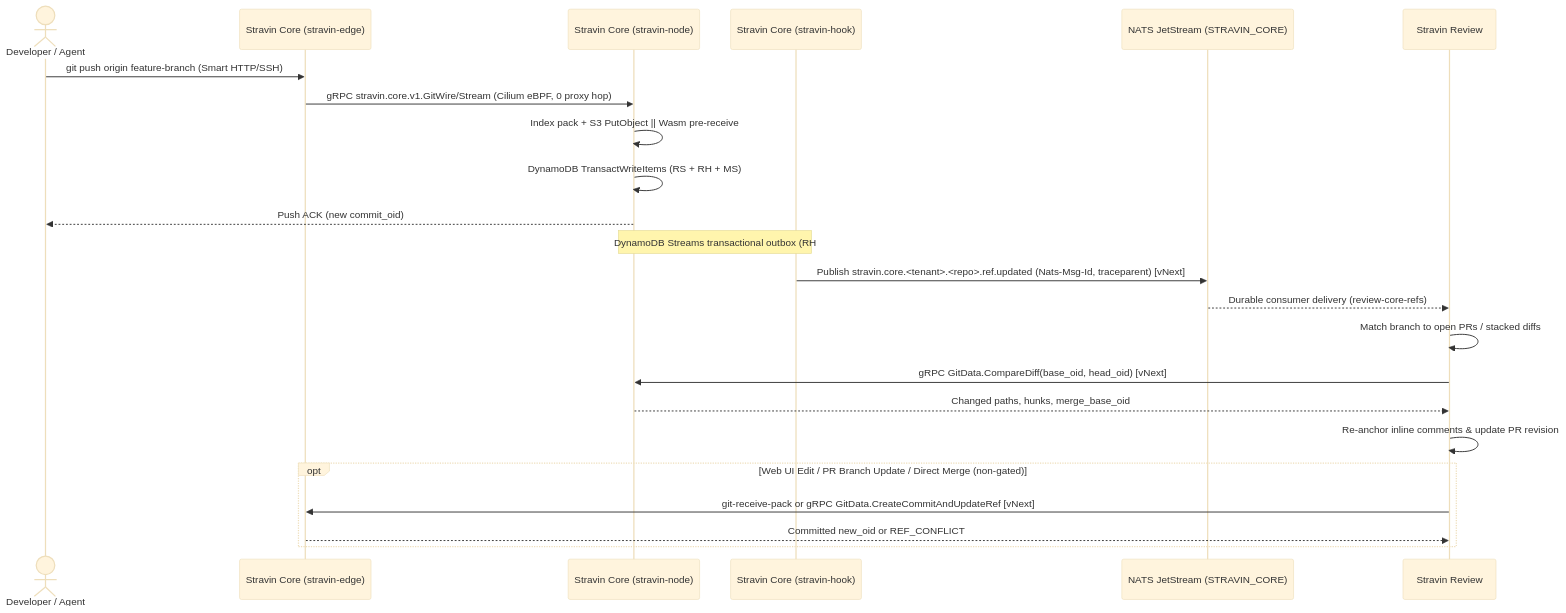
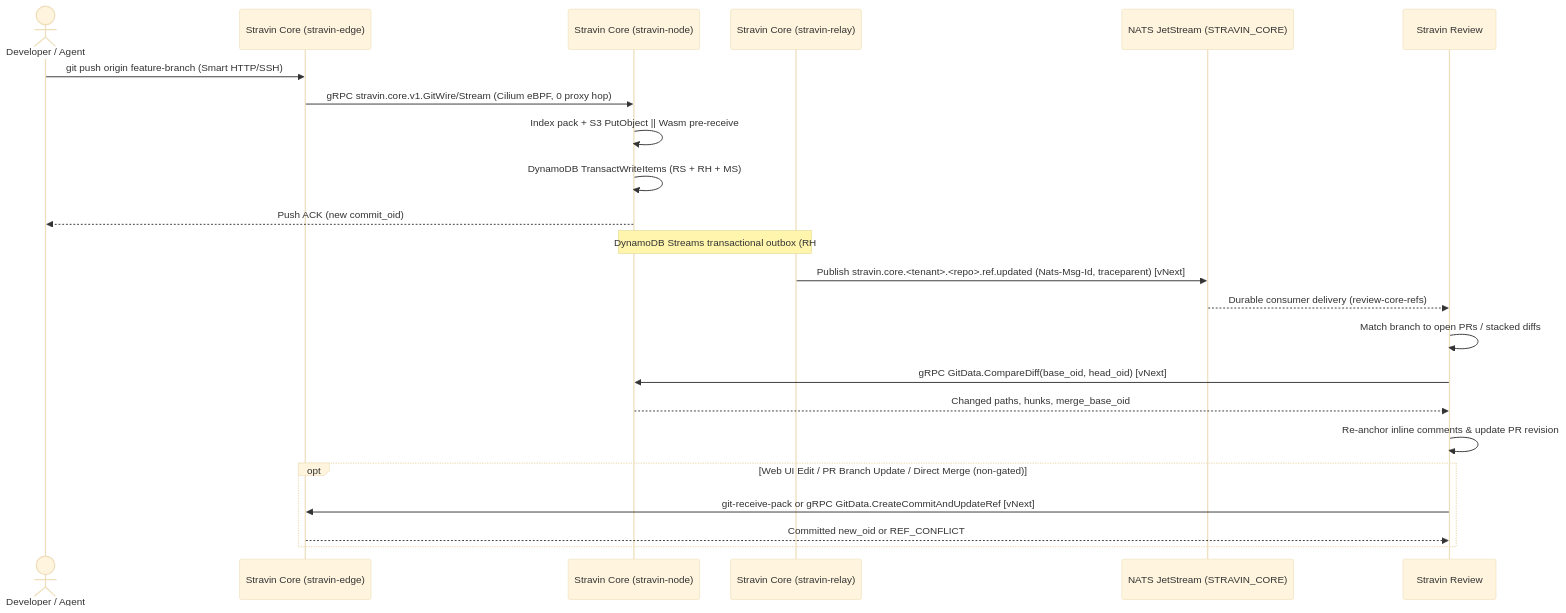
The diagram in docs/interfaces/core-review.md (stravin-dev/architecture), drawn with Mermaid (base theme) before and after one commit. The commit also changed other lines of this file and 9 other files, not shown here.

Commit message:
docs: rename vNext outbox relay daemon from stravin-hook to stravin-relay

````diff
--- a/docs/interfaces/core-review.md
+++ b/docs/interfaces/core-review.md
@@ -16,28 +16,28 @@
 ```mermaid
 sequenceDiagram
     actor Dev as Developer / Agent
     participant Edge as Stravin Core (stravin-edge)
     participant Node as Stravin Core (stravin-node)
-    participant Hook as Stravin Core (stravin-hook)
+    participant Relay as Stravin Core (stravin-relay)
     participant NATS as NATS JetStream (STRAVIN_CORE)
     participant Review as Stravin Review
 
     Dev->>Edge: git push origin feature-branch (Smart HTTP/SSH)
     Edge->>Node: gRPC stravin.core.v1.GitWire/Stream (Cilium eBPF, 0 proxy hop)
     Node->>Node: Index pack + S3 PutObject || Wasm pre-receive
     Node->>Node: DynamoDB TransactWriteItems (RS + RH + MS)
     Node-->>Dev: Push ACK (new commit_oid)
 
-    Note over Node,Hook: DynamoDB Streams transactional outbox (RH#s INSERT)
-    Hook->>NATS: Publish stravin.core.<tenant>.<repo>.ref.updated (Nats-Msg-Id, traceparent) [vNext]
+    Note over Node,Relay: DynamoDB Streams transactional outbox (RH#s INSERT)
+    Relay->>NATS: Publish stravin.core.<tenant>.<repo>.ref.updated (Nats-Msg-Id, traceparent) [vNext]
     NATS-->>Review: Durable consumer delivery (review-core-refs)
     Review->>Review: Match branch to open PRs / stacked diffs
     Review->>Node: gRPC GitData.CompareDiff(base_oid, head_oid) [vNext]
     Node-->>Review: Changed paths, hunks, merge_base_oid
     Review->>Review: Re-anchor inline comments & update PR revision
 
     opt Web UI Edit / PR Branch Update / Direct Merge (non-gated)
         Review->>Edge: git-receive-pack or gRPC GitData.CreateCommitAndUpdateRef [vNext]
         Edge-->>Review: Committed new_oid or REF_CONFLICT
     end
 ```
````
